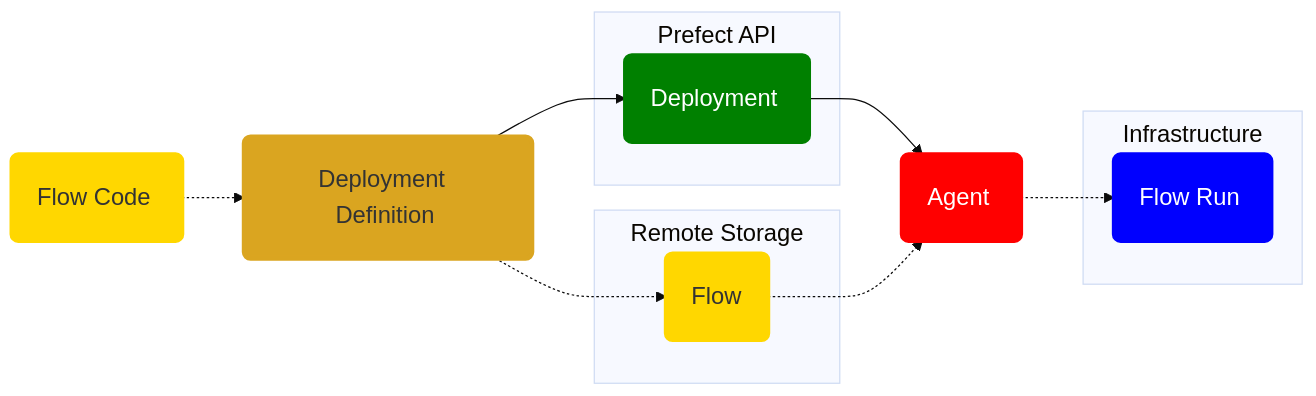
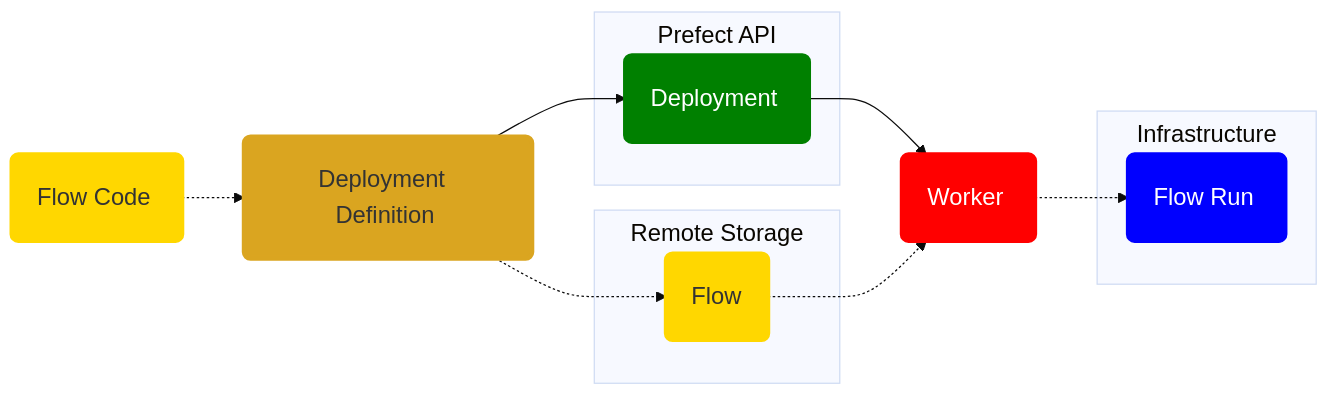
The diagram in docs/concepts/deployments.md (PrefectHQ/prefect), drawn with Mermaid before and after one commit.

Commit message:
update diagram for deployment with worker

````diff
--- a/docs/concepts/deployments.md
+++ b/docs/concepts/deployments.md
@@ -33,36 +33,36 @@
 ```mermaid
 %%{
   init: {
     'theme': 'base',
     'themeVariables': {
       'fontSize': '19px'
     }
   }
 }%%
 
 flowchart LR
     F("<div style='margin: 5px 10px 5px 5px;'>Flow Code</div>"):::yellow -.-> A("<div style='margin: 5px 10px 5px 5px;'>Deployment Definition</div>"):::gold
     subgraph Server ["<div style='width: 150px; text-align: center; margin-top: 5px;'>Prefect API</div>"]
         D("<div style='margin: 5px 10px 5px 5px;'>Deployment</div>"):::green
     end
     subgraph Remote Storage ["<div style='width: 160px; text-align: center; margin-top: 5px;'>Remote Storage</div>"]
         B("<div style='margin: 5px 6px 5px 5px;'>Flow</div>"):::yellow
     end
     subgraph Infrastructure ["<div style='width: 150px; text-align: center; margin-top: 5px;'>Infrastructure</div>"]
         G("<div style='margin: 5px 10px 5px 5px;'>Flow Run</div>"):::blue
     end
 
     A --> D
-    D --> E("<div style='margin: 5px 10px 5px 5px;'>Agent</div>"):::red
+    D --> E("<div style='margin: 5px 10px 5px 5px;'>Worker</div>"):::red
     B -.-> E
     A -.-> B
     E -.-> G
 
     classDef gold fill:goldenrod,stroke:goldenrod,stroke-width:4px
     classDef yellow fill:gold,stroke:gold,stroke-width:4px
     classDef gray fill:lightgray,stroke:lightgray,stroke-width:4px
     classDef blue fill:blue,stroke:blue,stroke-width:4px,color:white
     classDef green fill:green,stroke:green,stroke-width:4px,color:white
     classDef red fill:red,stroke:red,stroke-width:4px,color:white
     classDef dkgray fill:darkgray,stroke:darkgray,stroke-width:4px,color:white
 ```
````
